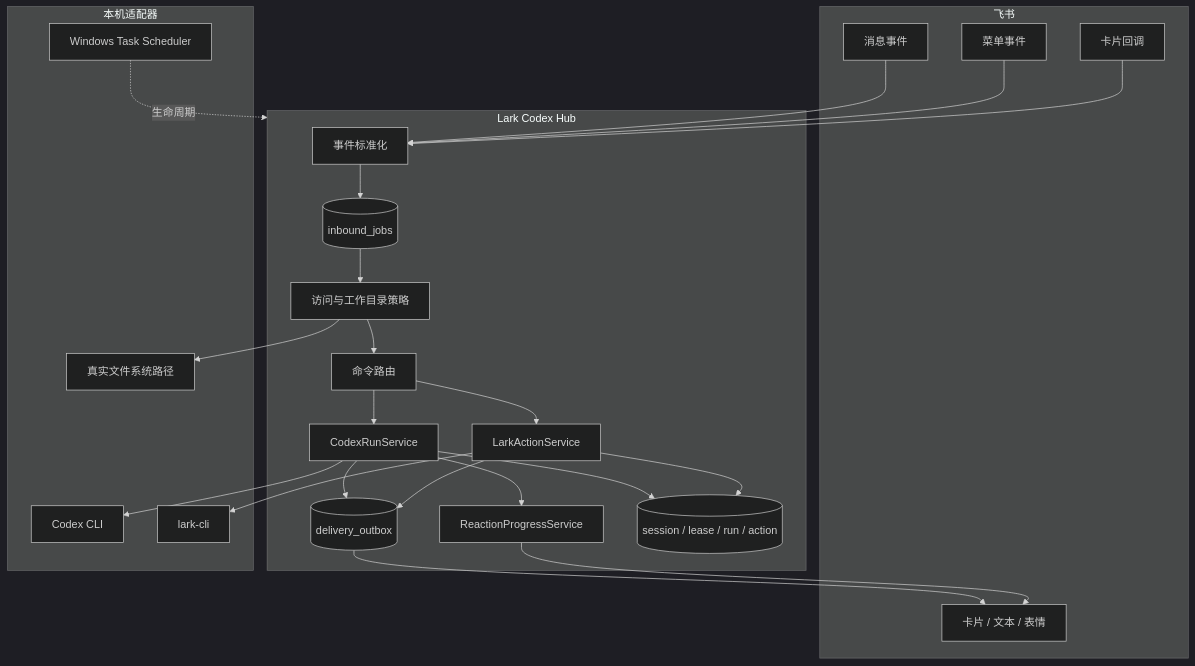
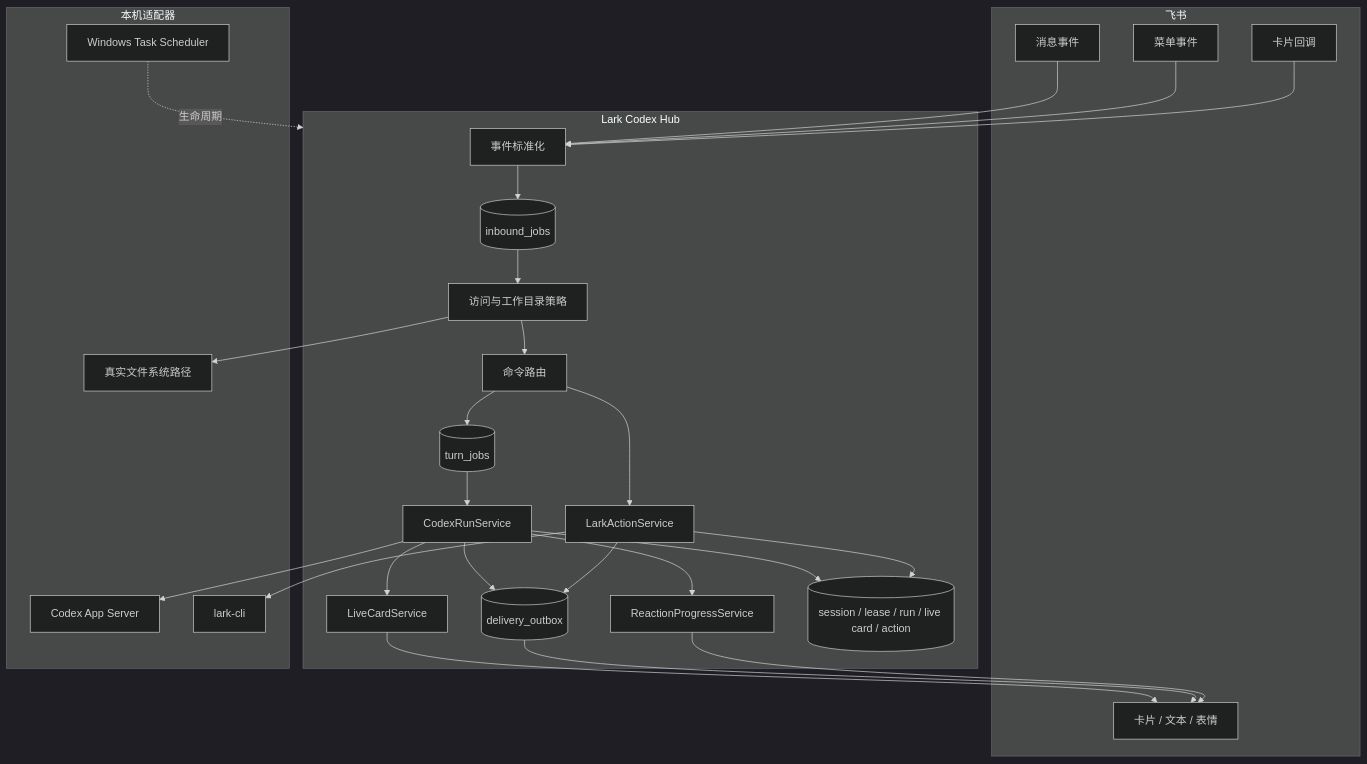
The first of 2 diagrams in ARCHITECTURE.md (AIME-JF/lark-codex-hub), drawn with Mermaid (dark theme) before and after one commit. The commit also changed other lines of this file and 42 other files, not shown here.

````diff
--- a/ARCHITECTURE.md
+++ b/ARCHITECTURE.md
@@ -7,43 +7,46 @@
 ```mermaid
 flowchart TB
     subgraph Feishu[飞书]
       MESSAGE[消息事件]
       MENU[菜单事件]
       CARD[卡片回调]
       OUT[卡片 / 文本 / 表情]
     end
 
     subgraph Hub[Lark Codex Hub]
       NORMALIZE[事件标准化]
       INBOX[(inbound_jobs)]
       POLICY[访问与工作目录策略]
       ROUTER[命令路由]
+      TURNQ[(turn_jobs)]
       RUN[CodexRunService]
+      LIVE[LiveCardService]
       ACTION[LarkActionService]
       DELIVERY[(delivery_outbox)]
       REACTION[ReactionProgressService]
-      STATE[(session / lease / run / action)]
+      STATE[(session / lease / run / live card / action)]
     end
 
     subgraph Local[本机适配器]
-      CODEX[Codex CLI]
+      CODEX[Codex App Server]
       LARKCLI[lark-cli]
       FS[真实文件系统路径]
       TASK[Windows Task Scheduler]
     end
 
     MESSAGE --> NORMALIZE
     MENU --> NORMALIZE
     CARD --> NORMALIZE
     NORMALIZE --> INBOX --> POLICY --> ROUTER
-    ROUTER --> RUN --> CODEX
+    ROUTER --> TURNQ --> RUN --> CODEX
     ROUTER --> ACTION --> LARKCLI
     POLICY --> FS
     RUN --> STATE
     ACTION --> STATE
     RUN --> DELIVERY
+    RUN --> LIVE --> OUT
     ACTION --> DELIVERY
     DELIVERY --> OUT
     RUN --> REACTION --> OUT
     TASK -.生命周期.-> Hub
 ```
````
